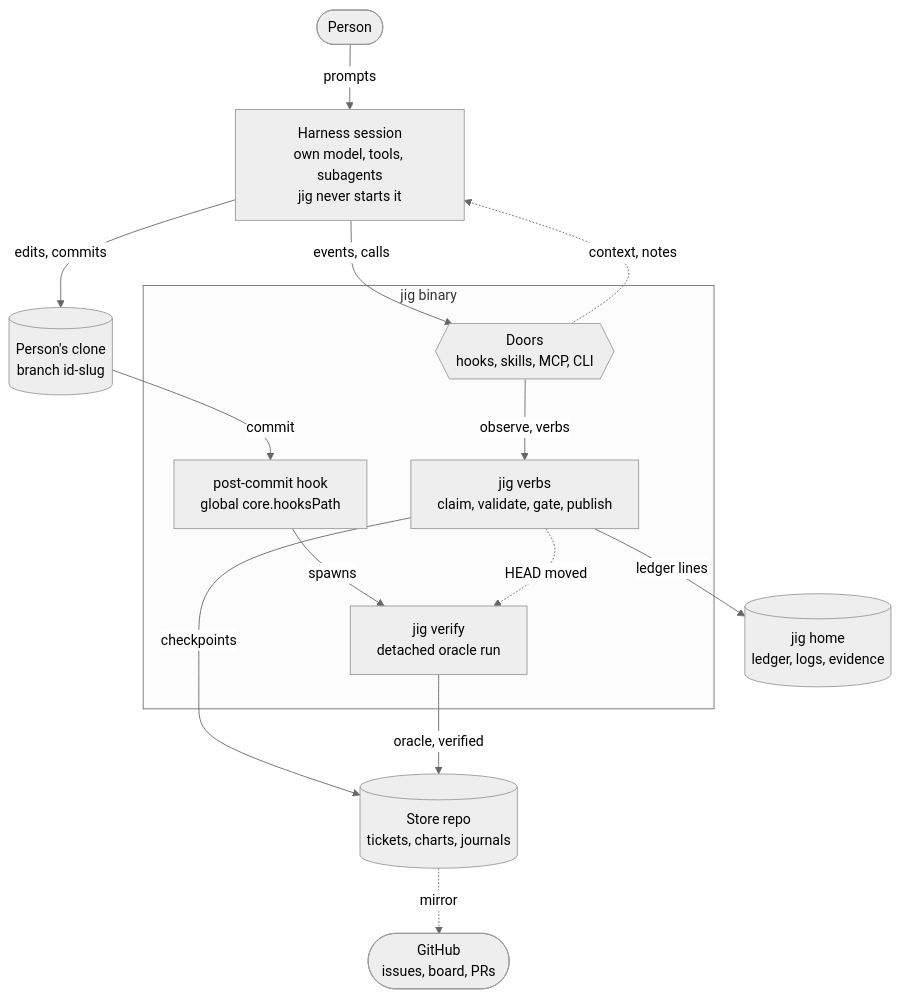
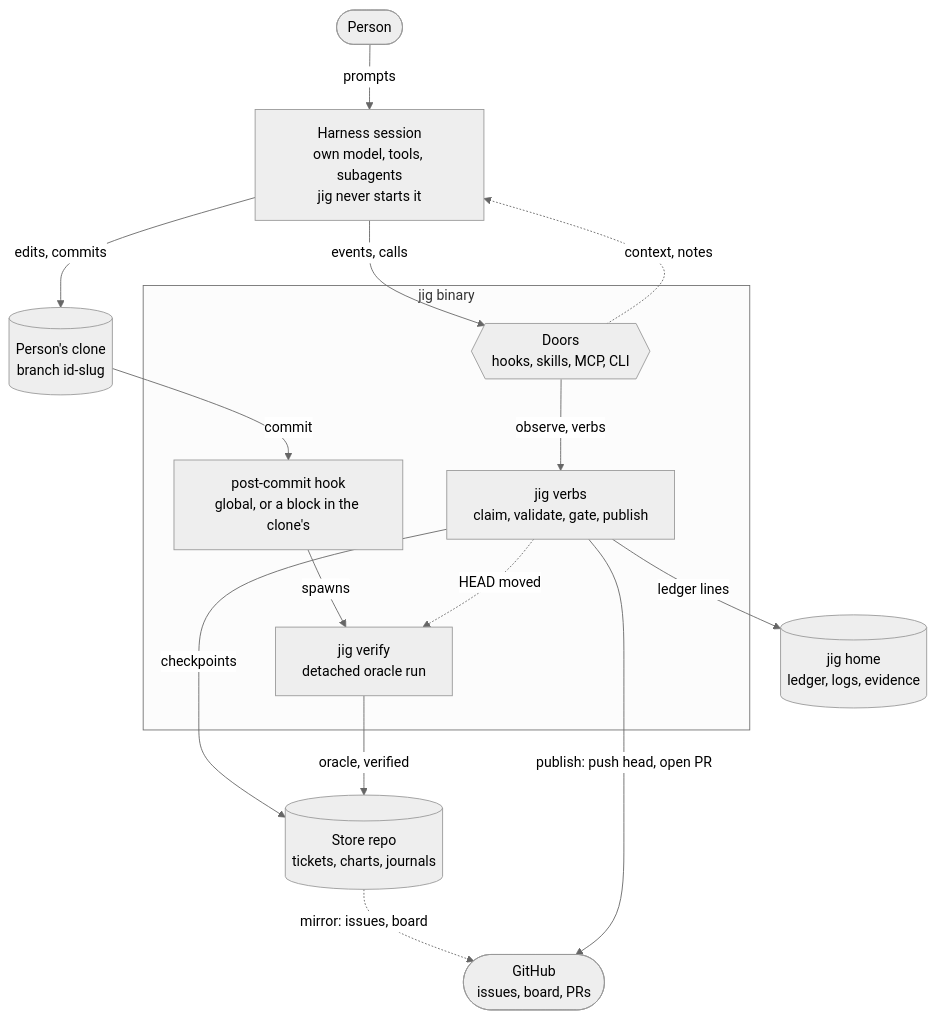
One commit to develdeco/jig changed the first of 5 diagrams in docs/diagrams.md. Above: the diagram before and after it, drawn with Mermaid (neutral theme). The commit also changed other lines of this file, not shown here.

First line of the commit message:
docs: correct the diagrams against the code, per review

````diff
--- a/docs/diagrams.md
+++ b/docs/diagrams.md
@@ -26,28 +26,29 @@
 ```mermaid
 flowchart TB
   person(["Person"])
   harness["Harness session<br/>own model, tools, subagents<br/>jig never starts it"]
   clone[("Person's clone<br/>branch id-slug")]
   subgraph jigBox ["jig binary"]
     doors{{"Doors<br/>hooks, skills, MCP, CLI"}}
     verbs["jig verbs<br/>claim, validate, gate, publish"]
-    hook["post-commit hook<br/>global core.hooksPath"]
+    hook["post-commit hook<br/>global, or a block in the clone's"]
     verify["jig verify<br/>detached oracle run"]
   end
   store[("Store repo<br/>tickets, charts, journals")]
   home[("jig home<br/>ledger, logs, evidence")]
   github(["GitHub<br/>issues, board, PRs"])
 
   person -->|prompts| harness
   harness -->|events, calls| doors
   doors -.->|context, notes| harness
   doors -->|observe, verbs| verbs
   verbs -->|checkpoints| store
   verbs -->|ledger lines| home
-  store -.->|mirror| github
+  store -.->|"mirror: issues, board"| github
+  verbs -->|"publish: push head, open PR"| github
   harness -->|edits, commits| clone
   clone -->|commit| hook
   hook -->|spawns| verify
   verbs -.->|HEAD moved| verify
   verify -->|oracle, verified| store
 ```
````
